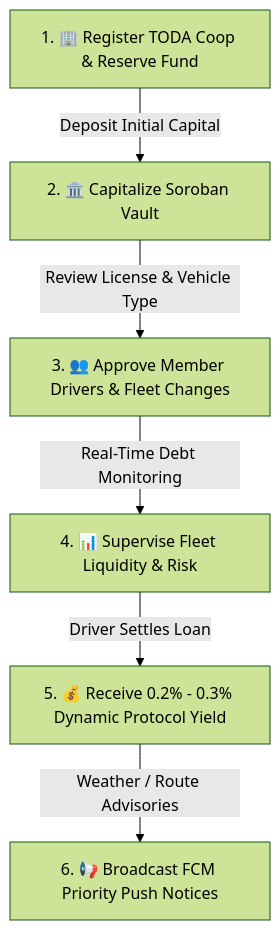
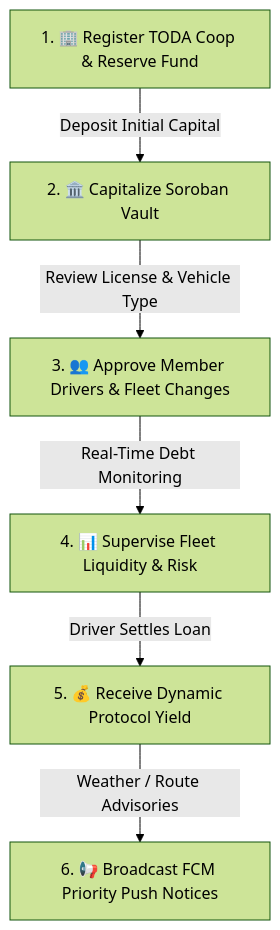
The seventh of 9 diagrams in docs/FLOWCHARTS.md (zneright/mobilis), drawn with Mermaid (forest theme) before and after one commit. The commit also changed other lines of this file and 1 other file, not shown here.

````diff
--- a/docs/FLOWCHARTS.md
+++ b/docs/FLOWCHARTS.md
@@ -165,8 +165,8 @@
 ```mermaid
 flowchart TD
     A1["1. 🏢 Register TODA Coop & Reserve Fund"] -->|Deposit Initial Capital| A2["2. 🏛️ Capitalize Soroban Vault"]
     A2 -->|Review License & Vehicle Type| A3["3. 👥 Approve Member Drivers & Fleet Changes"]
     A3 -->|Real-Time Debt Monitoring| A4["4. 📊 Supervise Fleet Liquidity & Risk"]
-    A4 -->|Driver Settles Loan| A5["5. 💰 Receive 0.2% - 0.3% Dynamic Protocol Yield"]
+    A4 -->|Driver Settles Loan| A5["5. 💰 Receive Dynamic Protocol Yield"]
     A5 -->|Weather / Route Advisories| A6["6. 📢 Broadcast FCM Priority Push Notices"]
 ```
````
